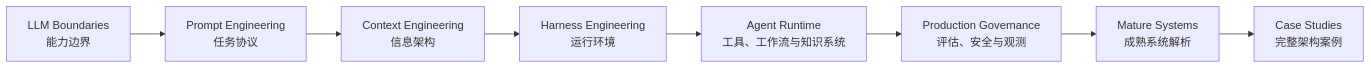
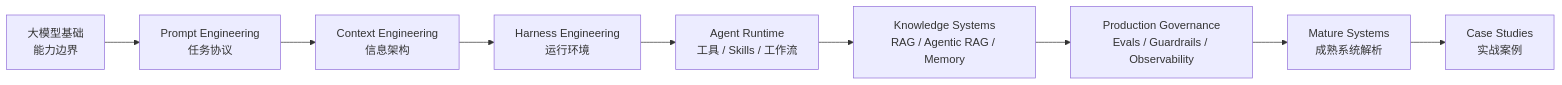
The diagram in ai-book/src/README.md (wxquare/wxquare.github.io), drawn with Mermaid before and after one commit. The commit also changed other lines of this file and 37 other files, not shown here.

````diff
--- a/ai-book/src/README.md
+++ b/ai-book/src/README.md
@@ -13,10 +11,11 @@
 ```mermaid
 flowchart LR
-    A[LLM Boundaries<br/>能力边界] --> B[Prompt Engineering<br/>任务协议]
-    B --> C[Context Engineering<br/>信息架构]
-    C --> D[Harness Engineering<br/>运行环境]
-    D --> E[Agent Runtime<br/>工具、工作流与知识系统]
-    E --> F[Production Governance<br/>评估、安全与观测]
-    F --> G[Mature Systems<br/>成熟系统解析]
-    G --> H[Case Studies<br/>完整架构案例]
+    A["大模型基础<br/>能力边界"] --> B["Prompt Engineering<br/>任务协议"]
+    B --> C["Context Engineering<br/>信息架构"]
+    C --> D["Harness Engineering<br/>运行环境"]
+    D --> E["Agent Runtime<br/>工具 / Skills / 工作流"]
+    E --> F["Knowledge Systems<br/>RAG / Agentic RAG / Memory"]
+    F --> G["Production Governance<br/>Evals / Guardrails / Observability"]
+    G --> H["Mature Systems<br/>成熟系统解析"]
+    H --> I["Case Studies<br/>实战案例"]
 ```
````
